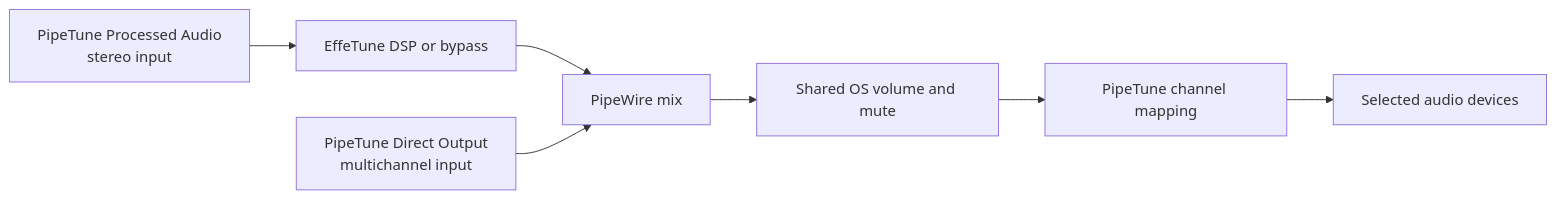
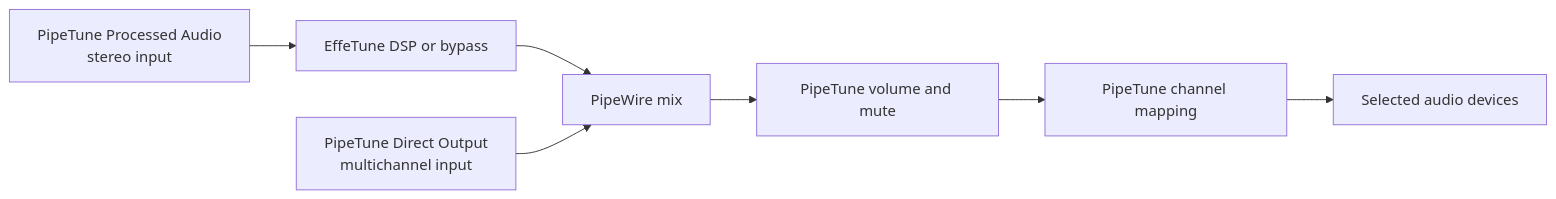
One commit to kekyo/pipetune changed the second of 2 diagrams in README.md. Above: the diagram before and after it, drawn with Mermaid. The commit also changed other lines of this file and 2 other files, not shown here.

````diff
--- a/README.md
+++ b/README.md
@@ -201,14 +220,14 @@
 ```mermaid
 flowchart LR
     processed["PipeTune Processed Audio<br/>stereo input"]
     dsp["EffeTune DSP or bypass"]
     direct["PipeTune Direct Output<br/>multichannel input"]
     mix["PipeWire mix"]
-    volume["Shared OS volume and mute"]
+    volume["PipeTune volume and mute"]
     mapping["PipeTune channel mapping"]
     devices["Selected audio devices"]
 
     processed --> dsp --> mix
     direct --> mix
     mix --> volume --> mapping --> devices
 ```
````
